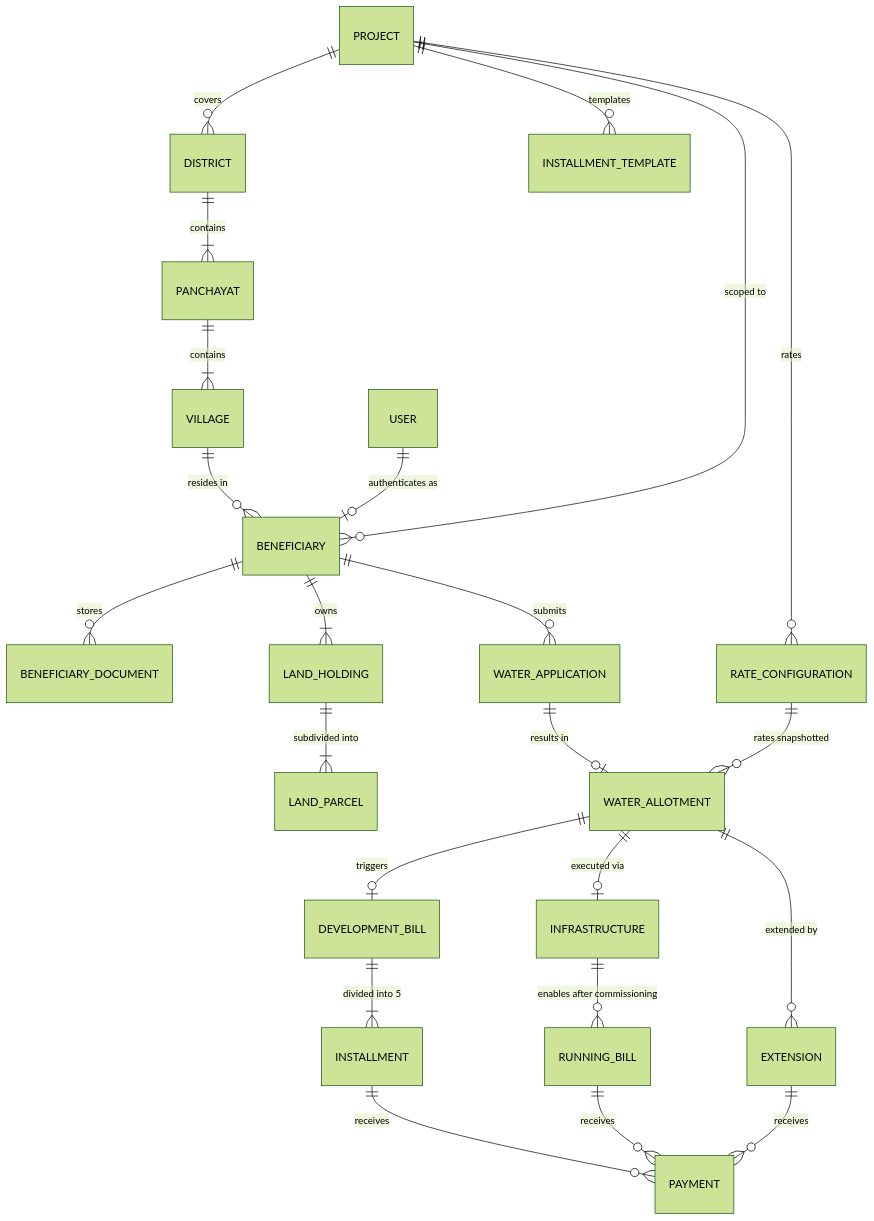
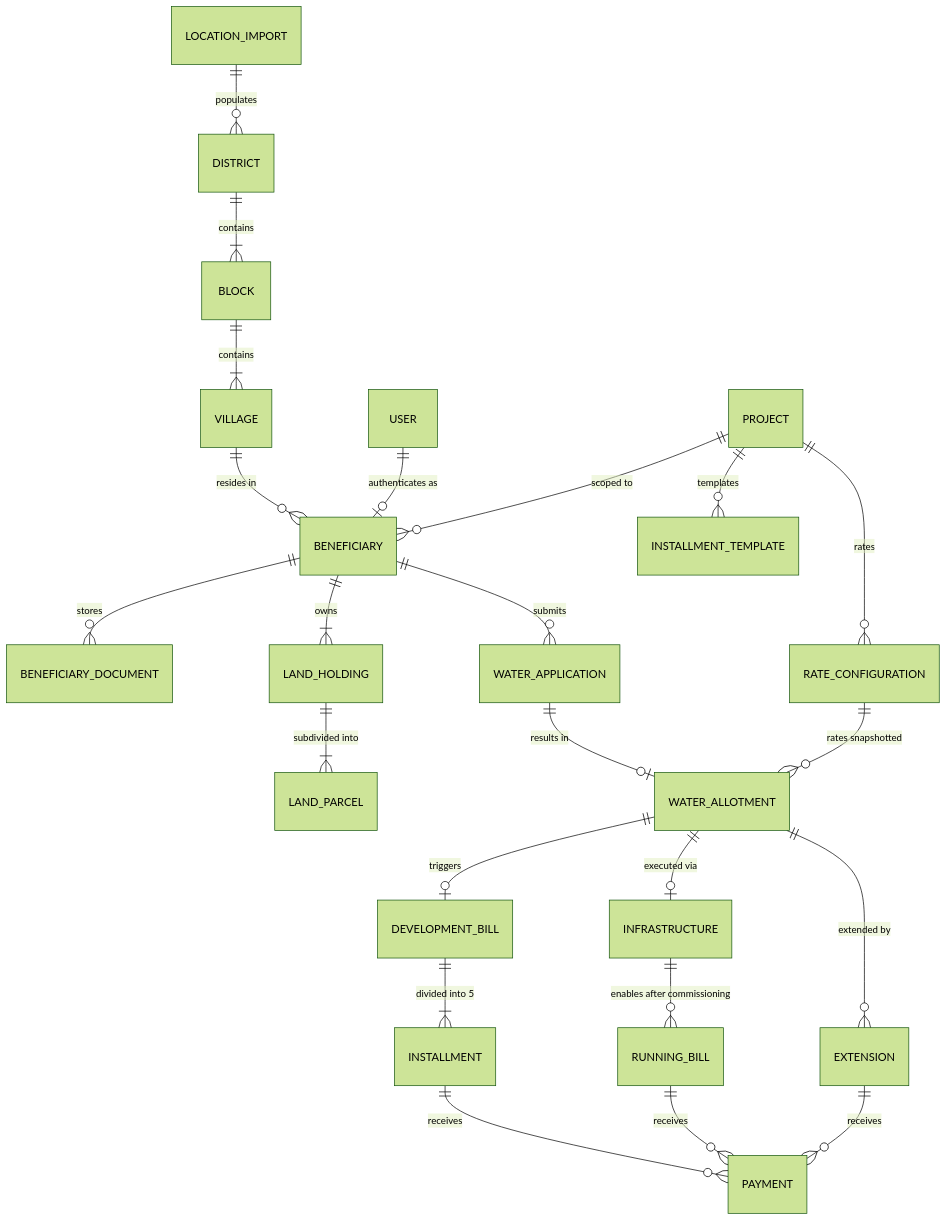
Before and after one commit to itskanishkrk065/water-management-system: the diagram in ARCHITECTURE.md, drawn with Mermaid (forest theme). The commit also changed other lines of this file and 28 other files, not shown here.

Commit message:
feat(locations): implement LGD location master Excel import & cascading District -> Block -> Village hierarchy

````diff
--- a/ARCHITECTURE.md
+++ b/ARCHITECTURE.md
@@ -46,32 +47,33 @@
 ```mermaid
 erDiagram
-    PROJECT ||--o{ DISTRICT : "covers"
-    DISTRICT ||--|{ PANCHAYAT : "contains"
-    PANCHAYAT ||--|{ VILLAGE : "contains"
+    DISTRICT ||--|{ BLOCK : "contains"
+    BLOCK ||--|{ VILLAGE : "contains"
     VILLAGE ||--o{ BENEFICIARY : "resides in"
     
     USER ||--o| BENEFICIARY : "authenticates as"
     BENEFICIARY ||--o{ BENEFICIARY_DOCUMENT : "stores"
     
     PROJECT ||--o{ BENEFICIARY : "scoped to"
     PROJECT ||--o{ RATE_CONFIGURATION : "rates"
     PROJECT ||--o{ INSTALLMENT_TEMPLATE : "templates"
     
     BENEFICIARY ||--|{ LAND_HOLDING : "owns"
     LAND_HOLDING ||--|{ LAND_PARCEL : "subdivided into"
     
     BENEFICIARY ||--o{ WATER_APPLICATION : "submits"
     WATER_APPLICATION ||--o| WATER_ALLOTMENT : "results in"
     RATE_CONFIGURATION ||--o{ WATER_ALLOTMENT : "rates snapshotted"
     
     WATER_ALLOTMENT ||--o| DEVELOPMENT_BILL : "triggers"
     DEVELOPMENT_BILL ||--|{ INSTALLMENT : "divided into 5"
     INSTALLMENT ||--o{ PAYMENT : "receives"
     
     WATER_ALLOTMENT ||--o| INFRASTRUCTURE : "executed via"
     INFRASTRUCTURE ||--o{ RUNNING_BILL : "enables after commissioning"
     RUNNING_BILL ||--o{ PAYMENT : "receives"
     
     WATER_ALLOTMENT ||--o{ EXTENSION : "extended by"
     EXTENSION ||--o{ PAYMENT : "receives"
+    
+    LOCATION_IMPORT ||--o{ DISTRICT : "populates"
 ```
````
